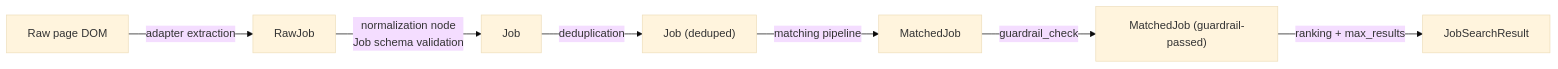
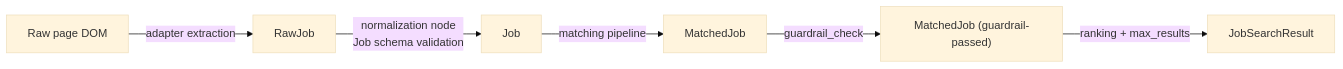
The first of 2 diagrams in docs/job_engine/DATA_FLOW.md (virender965532/Virender_AI_Hub), drawn with Mermaid (base theme) before and after one commit. The commit also changed other lines of this file and 56 other files, not shown here.

````diff
--- a/docs/job_engine/DATA_FLOW.md
+++ b/docs/job_engine/DATA_FLOW.md
@@ -5,9 +5,8 @@
 ```mermaid
 flowchart LR
     HTML[Raw page DOM] -->|adapter extraction| RawJob
     RawJob -->|normalization node\nJob schema validation| Job
-    Job -->|deduplication| Job2["Job (deduped)"]
-    Job2 -->|matching pipeline| MatchedJob
+    Job -->|matching pipeline| MatchedJob
     MatchedJob -->|guardrail_check| MatchedJob2["MatchedJob (guardrail-passed)"]
     MatchedJob2 -->|ranking + max_results| JobSearchResult
 ```
````
